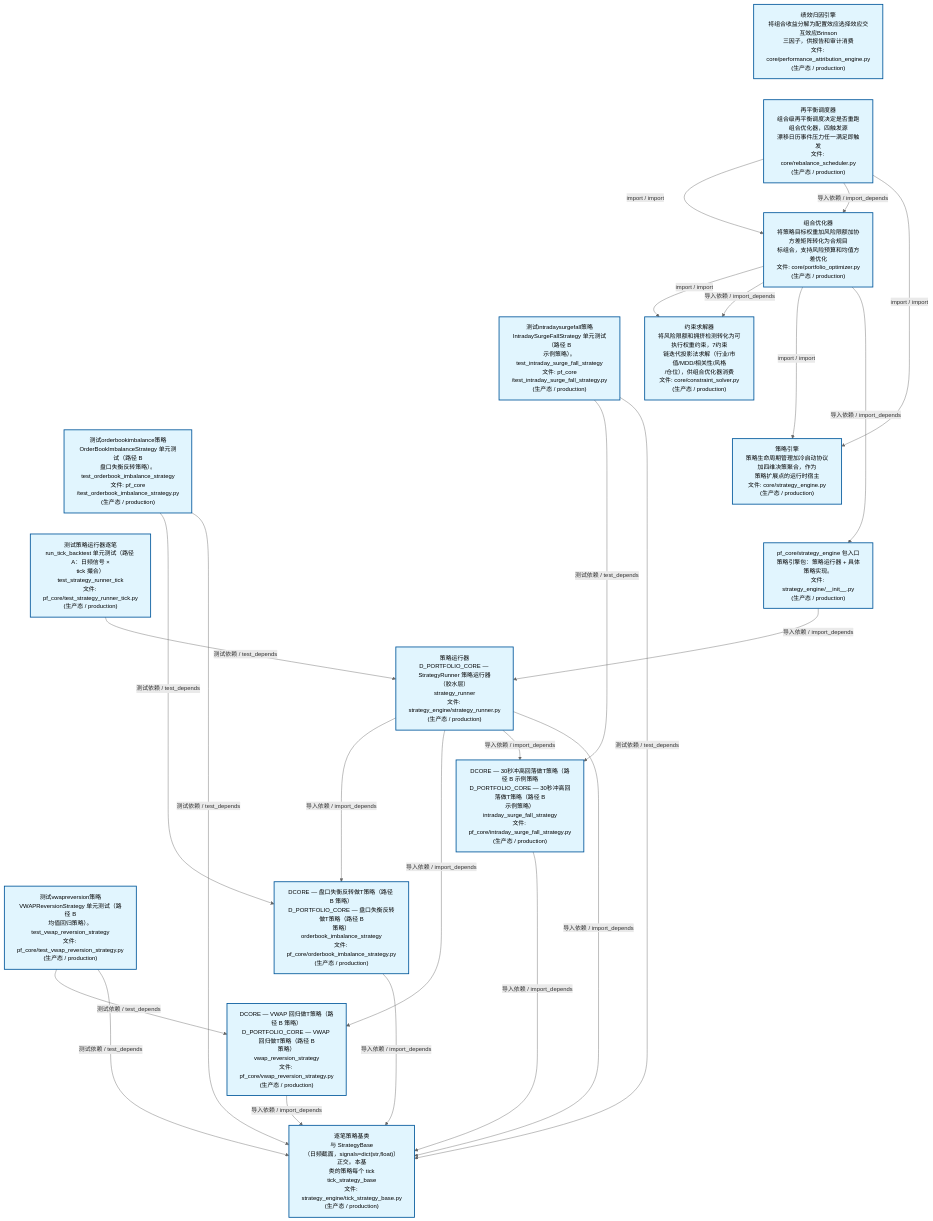
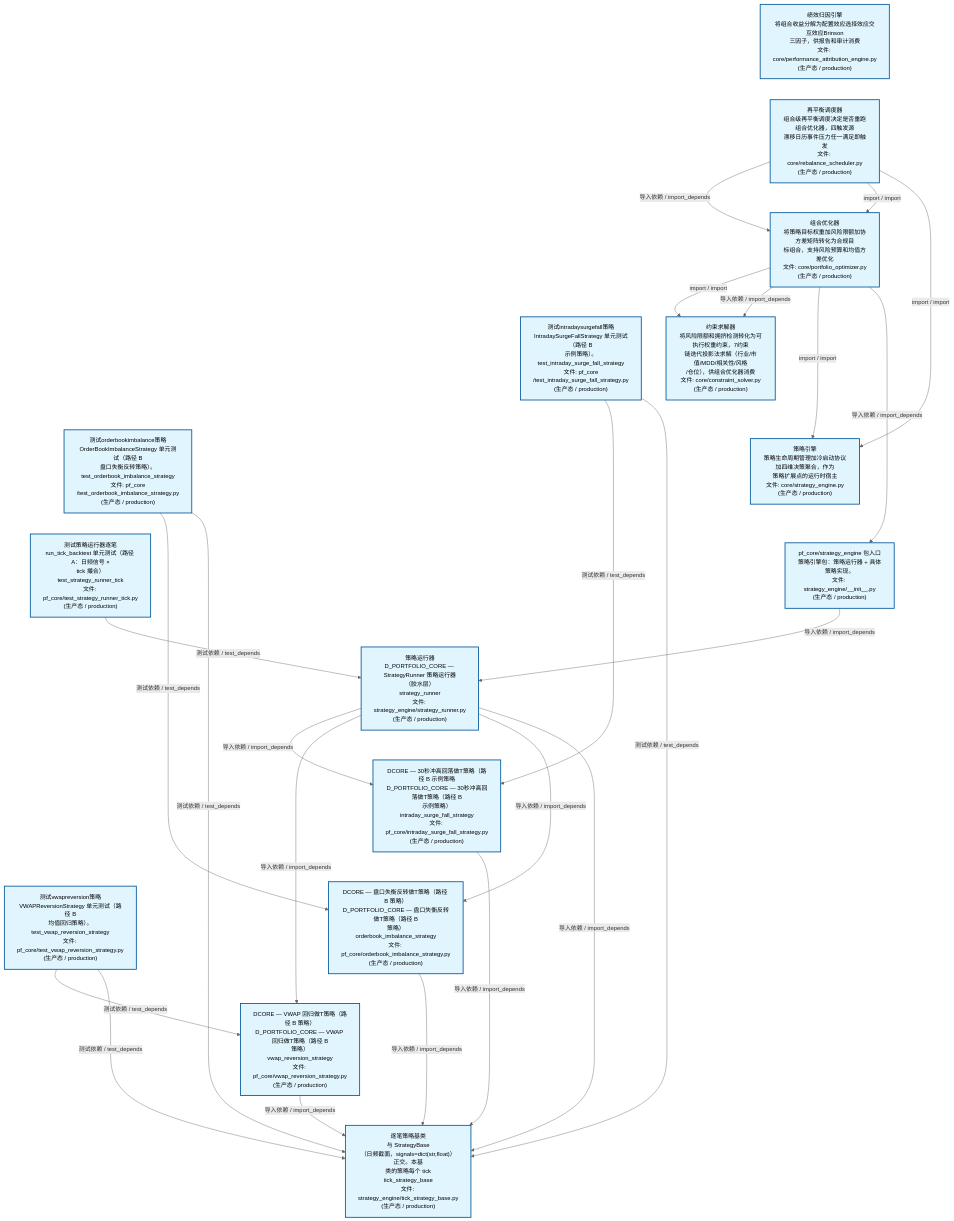
One commit to xuanFelixVan/ZephyrAlpha changed the second of 4 diagrams in docs/02_enterprise_architecture/02_domain_architecture_docs/63_d_pf_core.md. Above: the diagram before and after it, drawn with Mermaid. The commit also changed other lines of this file and 46 other files, not shown here.

````diff
--- a/docs/02_enterprise_architecture/02_domain_architecture_docs/63_d_pf_core.md
+++ b/docs/02_enterprise_architecture/02_domain_architecture_docs/63_d_pf_core.md
@@ -140,55 +140,55 @@
 ```mermaid
 %%{init: {'theme': 'base', 'themeVariables': {'primaryColor': '#eaeaea', 'primaryTextColor': '#333333', 'primaryBorderColor': '#666666', 'lineColor': '#666666', 'secondaryColor': '#eaeaea', 'tertiaryColor': '#eaeaea', 'fontSize': '14px'}}}%%
 flowchart TD
     src_zephyr_pf_core_core_performance_attribution_engine_py["绩效归因引擎<br/>将组合收益分解为配置效应选择效应交互效应Brinson<br/>三因子，供报告和审计消费<br/>文件: core/performance_attribution_engine.py<br/>(生产态 / production)"]
     src_zephyr_pf_core_core_rebalance_scheduler_py["再平衡调度器<br/>组合级再平衡调度决定是否重跑组合优化器，四触发源<br/>漂移日历事件压力任一满足即触发<br/>文件: core/rebalance_scheduler.py<br/>(生产态 / production)"]
     tests_pf_core_test_intraday_surge_fall_strategy_py["测试intradaysurgefall策略<br/>IntradaySurgeFallStrategy 单元测试（路径 B<br/>示例策略）。<br/>test_intraday_surge_fall_strategy<br/>文件: pf_core<br/>/test_intraday_surge_fall_strategy.py<br/>(生产态 / production)"]
     tests_pf_core_test_orderbook_imbalance_strategy_py["测试orderbookimbalance策略<br/>OrderBookImbalanceStrategy 单元测试（路径 B<br/>盘口失衡反转策略）。<br/>test_orderbook_imbalance_strategy<br/>文件: pf_core<br/>/test_orderbook_imbalance_strategy.py<br/>(生产态 / production)"]
     tests_pf_core_test_strategy_runner_tick_py["测试策略运行器逐笔<br/>run_tick_backtest 单元测试（路径 A：日频信号 ×<br/>tick 撮合）<br/>test_strategy_runner_tick<br/>文件: pf_core/test_strategy_runner_tick.py<br/>(生产态 / production)"]
     tests_pf_core_test_vwap_reversion_strategy_py["测试vwapreversion策略<br/>VWAPReversionStrategy 单元测试（路径 B<br/>均值回归策略）。<br/>test_vwap_reversion_strategy<br/>文件: pf_core/test_vwap_reversion_strategy.py<br/>(生产态 / production)"]
     src_zephyr_pf_core_core_performance_attribution_engine_py ~~~ src_zephyr_pf_core_core_rebalance_scheduler_py
     src_zephyr_pf_core_core_rebalance_scheduler_py ~~~ tests_pf_core_test_intraday_surge_fall_strategy_py
     tests_pf_core_test_intraday_surge_fall_strategy_py ~~~ tests_pf_core_test_orderbook_imbalance_strategy_py
     tests_pf_core_test_orderbook_imbalance_strategy_py ~~~ tests_pf_core_test_strategy_runner_tick_py
     tests_pf_core_test_strategy_runner_tick_py ~~~ tests_pf_core_test_vwap_reversion_strategy_py
     src_zephyr_pf_core_core_portfolio_optimizer_py["组合优化器<br/>将策略目标权重加风险限额加协方差矩阵转化为合规目<br/>标组合，支持风险预算和均值方差优化<br/>文件: core/portfolio_optimizer.py<br/>(生产态 / production)"]
     src_zephyr_pf_core_core_constraint_solver_py["约束求解器<br/>将风险限额和拥挤检测转化为可执行权重约束，7约束<br/>链迭代投影法求解（行业/市值/MDD/相关性/风格<br/>/仓位），供组合优化器消费<br/>文件: core/constraint_solver.py<br/>(生产态 / production)"]
     src_zephyr_pf_core_core_strategy_engine_py["策略引擎<br/>策略生命周期管理加冷启动协议加四维决策聚合，作为<br/>策略扩展点的运行时宿主<br/>文件: core/strategy_engine.py<br/>(生产态 / production)"]
     src_zephyr_pf_core_strategy_engine_init_py["pf_core/strategy_engine 包入口<br/>策略引擎包：策略运行器 + 具体策略实现。<br/>文件: strategy_engine/__init__.py<br/>(生产态 / production)"]
     src_zephyr_pf_core_core_constraint_solver_py ~~~ src_zephyr_pf_core_core_strategy_engine_py
     src_zephyr_pf_core_core_strategy_engine_py ~~~ src_zephyr_pf_core_strategy_engine_init_py
     src_zephyr_pf_core_strategy_engine_strategy_runner_py["策略运行器<br/>D_PORTFOLIO_CORE — StrategyRunner 策略运行器<br/>（胶水层）<br/>strategy_runner<br/>文件: strategy_engine/strategy_runner.py<br/>(生产态 / production)"]
     src_zephyr_pf_core_intraday_surge_fall_strategy_py["DCORE — 30秒冲高回落做T策略（路径 B 示例策略<br/>D_PORTFOLIO_CORE — 30秒冲高回落做T策略（路径 B<br/>示例策略）<br/>intraday_surge_fall_strategy<br/>文件: pf_core/intraday_surge_fall_strategy.py<br/>(生产态 / production)"]
     src_zephyr_pf_core_orderbook_imbalance_strategy_py["DCORE — 盘口失衡反转做T策略（路径 B 策略）<br/>D_PORTFOLIO_CORE — 盘口失衡反转做T策略（路径 B<br/>策略）<br/>orderbook_imbalance_strategy<br/>文件: pf_core/orderbook_imbalance_strategy.py<br/>(生产态 / production)"]
     src_zephyr_pf_core_vwap_reversion_strategy_py["DCORE — VWAP 回归做T策略（路径 B 策略）<br/>D_PORTFOLIO_CORE — VWAP 回归做T策略（路径 B<br/>策略）<br/>vwap_reversion_strategy<br/>文件: pf_core/vwap_reversion_strategy.py<br/>(生产态 / production)"]
     src_zephyr_pf_core_intraday_surge_fall_strategy_py ~~~ src_zephyr_pf_core_orderbook_imbalance_strategy_py
     src_zephyr_pf_core_orderbook_imbalance_strategy_py ~~~ src_zephyr_pf_core_vwap_reversion_strategy_py
     src_zephyr_pf_core_strategy_engine_tick_strategy_base_py["逐笔策略基类<br/>与 StrategyBase<br/>（日频截面，signals=dict(str,float)）正交。本基<br/>类的策略每个 tick<br/>tick_strategy_base<br/>文件: strategy_engine/tick_strategy_base.py<br/>(生产态 / production)"]
+    src_zephyr_pf_core_intraday_surge_fall_strategy_py -->|导入依赖 / import_depends| src_zephyr_pf_core_strategy_engine_tick_strategy_base_py
+    src_zephyr_pf_core_vwap_reversion_strategy_py -->|导入依赖 / import_depends| src_zephyr_pf_core_strategy_engine_tick_strategy_base_py
     src_zephyr_pf_core_orderbook_imbalance_strategy_py -->|导入依赖 / import_depends| src_zephyr_pf_core_strategy_engine_tick_strategy_base_py
-    src_zephyr_pf_core_vwap_reversion_strategy_py -->|导入依赖 / import_depends| src_zephyr_pf_core_strategy_engine_tick_strategy_base_py
-    src_zephyr_pf_core_intraday_surge_fall_strategy_py -->|导入依赖 / import_depends| src_zephyr_pf_core_strategy_engine_tick_strategy_base_py
+    src_zephyr_pf_core_core_rebalance_scheduler_py -->|导入依赖 / import_depends| src_zephyr_pf_core_core_portfolio_optimizer_py
+    src_zephyr_pf_core_core_rebalance_scheduler_py -->|import / import| src_zephyr_pf_core_core_portfolio_optimizer_py
+    src_zephyr_pf_core_core_rebalance_scheduler_py -->|import / import| src_zephyr_pf_core_core_strategy_engine_py
+    src_zephyr_pf_core_strategy_engine_strategy_runner_py -->|导入依赖 / import_depends| src_zephyr_pf_core_intraday_surge_fall_strategy_py
+    src_zephyr_pf_core_strategy_engine_strategy_runner_py -->|导入依赖 / import_depends| src_zephyr_pf_core_vwap_reversion_strategy_py
+    src_zephyr_pf_core_strategy_engine_strategy_runner_py -->|导入依赖 / import_depends| src_zephyr_pf_core_orderbook_imbalance_strategy_py
+    src_zephyr_pf_core_strategy_engine_strategy_runner_py -->|导入依赖 / import_depends| src_zephyr_pf_core_strategy_engine_tick_strategy_base_py
     src_zephyr_pf_core_core_portfolio_optimizer_py -->|import / import| src_zephyr_pf_core_core_constraint_solver_py
     src_zephyr_pf_core_core_portfolio_optimizer_py -->|导入依赖 / import_depends| src_zephyr_pf_core_core_constraint_solver_py
     src_zephyr_pf_core_core_portfolio_optimizer_py -->|import / import| src_zephyr_pf_core_core_strategy_engine_py
     src_zephyr_pf_core_core_portfolio_optimizer_py -->|导入依赖 / import_depends| src_zephyr_pf_core_strategy_engine_init_py
-    src_zephyr_pf_core_strategy_engine_strategy_runner_py -->|导入依赖 / import_depends| src_zephyr_pf_core_orderbook_imbalance_strategy_py
-    src_zephyr_pf_core_strategy_engine_strategy_runner_py -->|导入依赖 / import_depends| src_zephyr_pf_core_vwap_reversion_strategy_py
-    src_zephyr_pf_core_strategy_engine_strategy_runner_py -->|导入依赖 / import_depends| src_zephyr_pf_core_intraday_surge_fall_strategy_py
-    src_zephyr_pf_core_strategy_engine_strategy_runner_py -->|导入依赖 / import_depends| src_zephyr_pf_core_strategy_engine_tick_strategy_base_py
     src_zephyr_pf_core_strategy_engine_init_py -->|导入依赖 / import_depends| src_zephyr_pf_core_strategy_engine_strategy_runner_py
-    src_zephyr_pf_core_core_rebalance_scheduler_py -->|import / import| src_zephyr_pf_core_core_portfolio_optimizer_py
-    src_zephyr_pf_core_core_rebalance_scheduler_py -->|导入依赖 / import_depends| src_zephyr_pf_core_core_portfolio_optimizer_py
-    src_zephyr_pf_core_core_rebalance_scheduler_py -->|import / import| src_zephyr_pf_core_core_strategy_engine_py
     tests_pf_core_test_orderbook_imbalance_strategy_py -->|测试依赖 / test_depends| src_zephyr_pf_core_orderbook_imbalance_strategy_py
     tests_pf_core_test_orderbook_imbalance_strategy_py -->|测试依赖 / test_depends| src_zephyr_pf_core_strategy_engine_tick_strategy_base_py
     tests_pf_core_test_intraday_surge_fall_strategy_py -->|测试依赖 / test_depends| src_zephyr_pf_core_intraday_surge_fall_strategy_py
     tests_pf_core_test_intraday_surge_fall_strategy_py -->|测试依赖 / test_depends| src_zephyr_pf_core_strategy_engine_tick_strategy_base_py
     tests_pf_core_test_strategy_runner_tick_py -->|测试依赖 / test_depends| src_zephyr_pf_core_strategy_engine_strategy_runner_py
     tests_pf_core_test_vwap_reversion_strategy_py -->|测试依赖 / test_depends| src_zephyr_pf_core_vwap_reversion_strategy_py
     tests_pf_core_test_vwap_reversion_strategy_py -->|测试依赖 / test_depends| src_zephyr_pf_core_strategy_engine_tick_strategy_base_py
     classDef production fill:#e1f5fe,stroke:#01579b,stroke-width:2px,color:#000
     classDef design fill:#fff3e0,stroke:#e65100,stroke-width:2px,color:#000,stroke-dasharray: 5 5
     classDef external_prod fill:#e8f4fd,stroke:#0277bd,stroke-width:1px,color:#000
     classDef external_design fill:#fff8e7,stroke:#ef6c00,stroke-width:1px,color:#000,stroke-dasharray: 5 5
     class src_zephyr_pf_core_core_constraint_solver_py,src_zephyr_pf_core_core_performance_attribution_engine_py,src_zephyr_pf_core_core_portfolio_optimizer_py,src_zephyr_pf_core_core_rebalance_scheduler_py,src_zephyr_pf_core_core_strategy_engine_py,src_zephyr_pf_core_intraday_surge_fall_strategy_py,src_zephyr_pf_core_orderbook_imbalance_strategy_py,src_zephyr_pf_core_strategy_engine_init_py,src_zephyr_pf_core_strategy_engine_strategy_runner_py,src_zephyr_pf_core_strategy_engine_tick_strategy_base_py,src_zephyr_pf_core_vwap_reversion_strategy_py,tests_pf_core_test_intraday_surge_fall_strategy_py,tests_pf_core_test_orderbook_imbalance_strategy_py,tests_pf_core_test_strategy_runner_tick_py,tests_pf_core_test_vwap_reversion_strategy_py production
 ```
````
